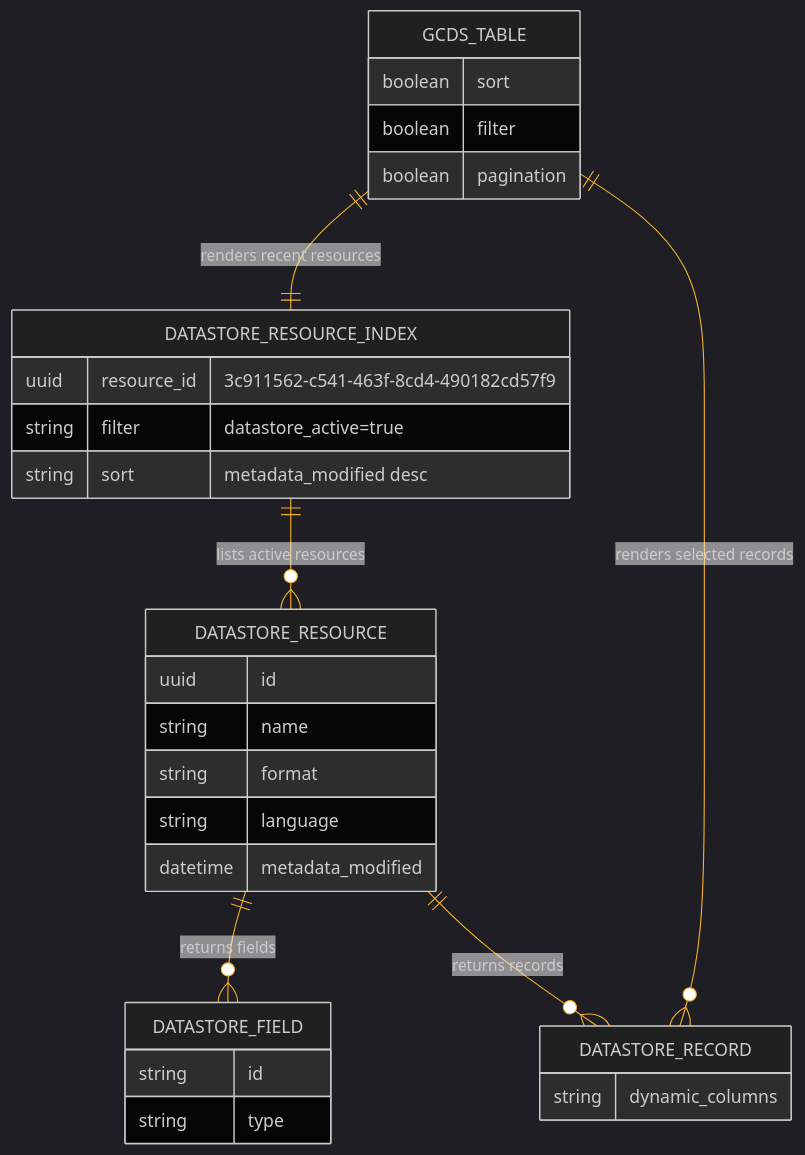
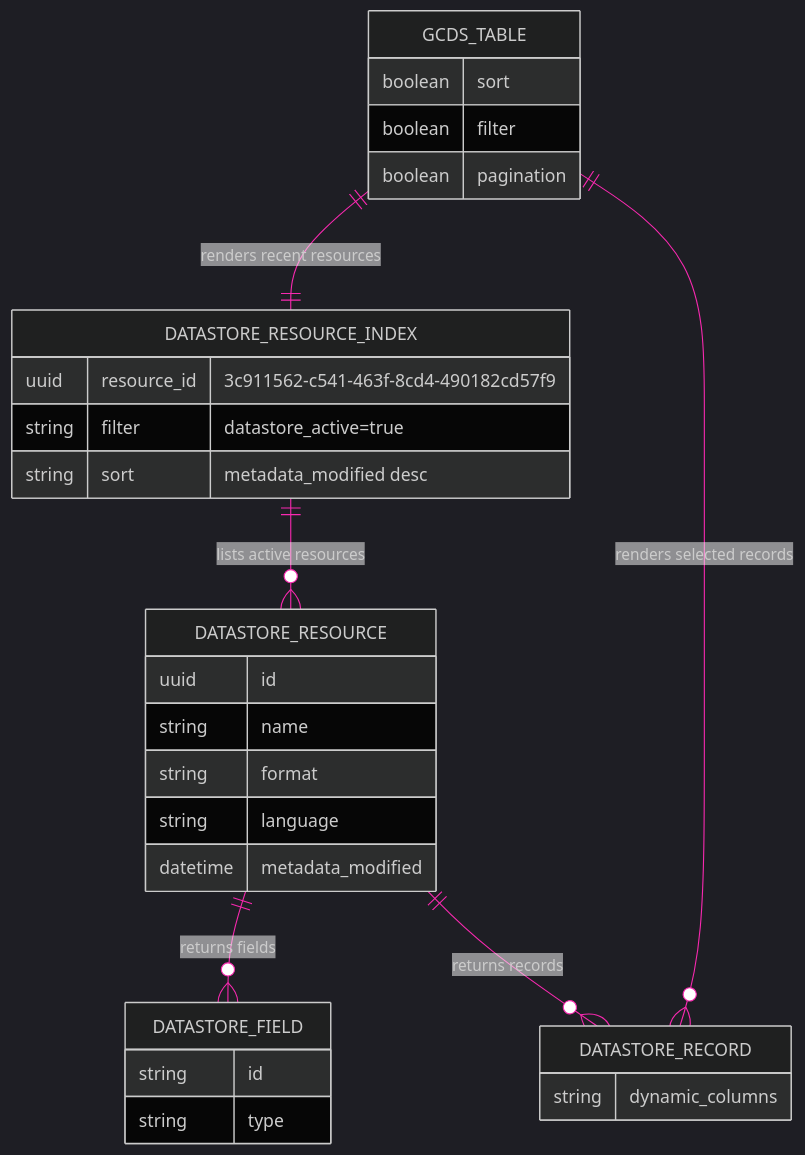
One commit to PatLittle/PatLittle.github.io changed the first of 3 diagrams in _posts/2026-06-16-OpenDataForDataProducts.md. Above: the diagram before and after it, drawn with Mermaid. The commit also changed other lines of this file, not shown here.

````diff
--- a/_posts/2026-06-16-OpenDataForDataProducts.md
+++ b/_posts/2026-06-16-OpenDataForDataProducts.md
@@ -82,44 +83,44 @@
 ```mermaid
 ---
 config:
   theme: 'dark'
   themeVariables:
     primaryColor: '#BB2528'
     primaryTextColor: '#fff'
     primaryBorderColor: '#7C0000'
-    lineColor: '#F8B229'
+    lineColor: 'rgb(248, 41, 176)'
     secondaryColor: '#006100'
     tertiaryColor: '#fff'
 ---
 erDiagram
     DATASTORE_RESOURCE_INDEX ||--o{ DATASTORE_RESOURCE : "lists active resources"
     DATASTORE_RESOURCE ||--o{ DATASTORE_FIELD : "returns fields"
     DATASTORE_RESOURCE ||--o{ DATASTORE_RECORD : "returns records"
     GCDS_TABLE ||--|| DATASTORE_RESOURCE_INDEX : "renders recent resources"
     GCDS_TABLE ||--o{ DATASTORE_RECORD : "renders selected records"
 
     DATASTORE_RESOURCE_INDEX {
       uuid resource_id "3c911562-c541-463f-8cd4-490182cd57f9"
       string filter "datastore_active=true"
       string sort "metadata_modified desc"
     }
     DATASTORE_RESOURCE {
       uuid id
       string name
       string format
       string language
       datetime metadata_modified
     }
     DATASTORE_FIELD {
       string id
       string type
     }
     DATASTORE_RECORD {
       string dynamic_columns
     }
     GCDS_TABLE {
       boolean sort
       boolean filter
       boolean pagination
     }
 ```
````
